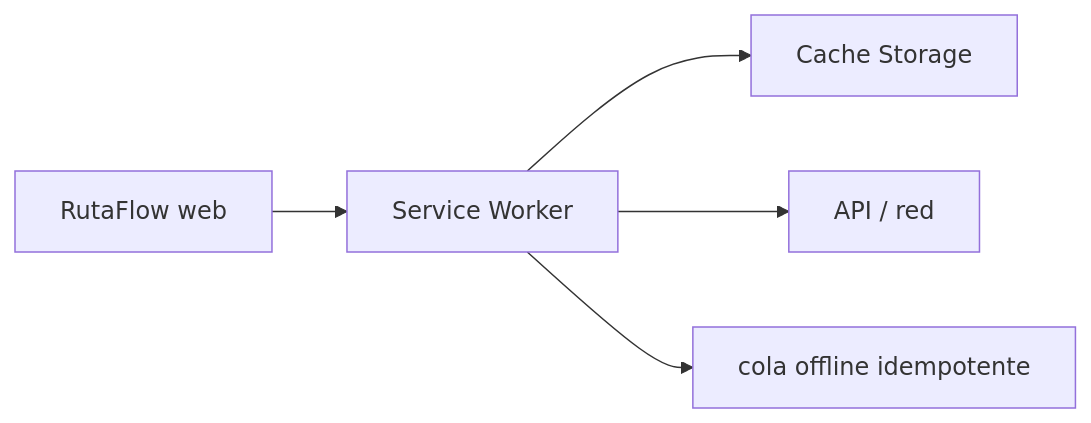
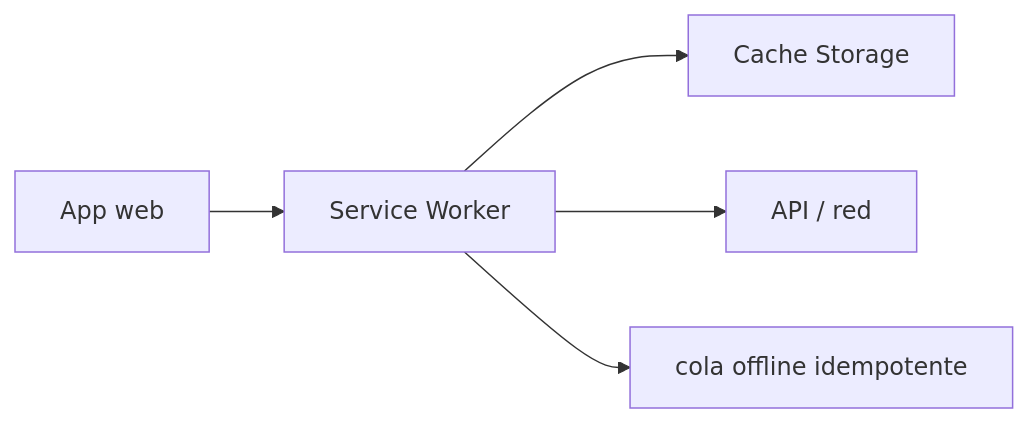
The ninth of 10 diagrams in web/public/content/javascript/modulo-14.md (NICORUIZ93/Academia_Floci), drawn with Mermaid before and after one commit. The commit also changed other lines of this file and 14 other files, not shown here.

First line of the commit message:
JavaScript: complete RutaFlow purge (0-14)

````diff
--- a/web/public/content/javascript/modulo-14.md
+++ b/web/public/content/javascript/modulo-14.md
@@ -874,7 +874,7 @@
 ```mermaid
 flowchart LR
-    APP["RutaFlow web"] --> SW["Service Worker"]
+    APP["App web"] --> SW["Service Worker"]
     SW --> CACHE["Cache Storage"]
     SW --> NETWORK["API / red"]
     SW --> QUEUE["cola offline idempotente"]
 ```
````
